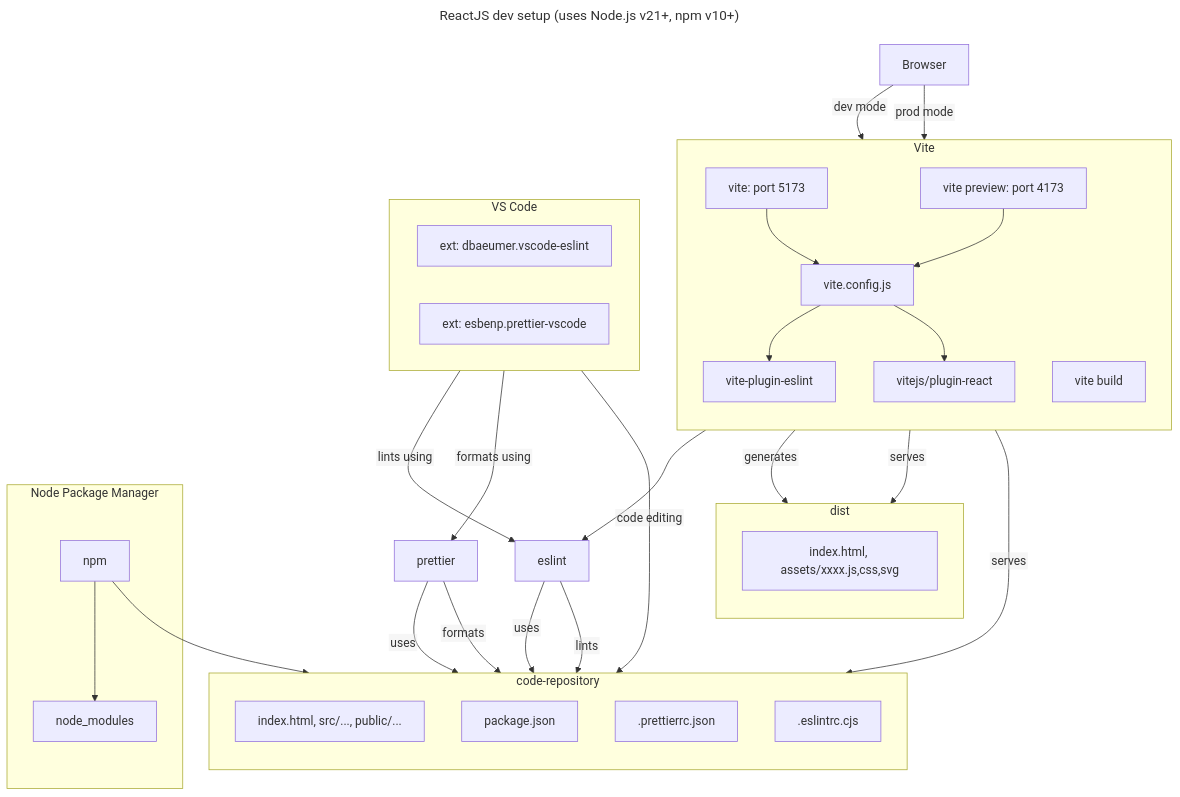
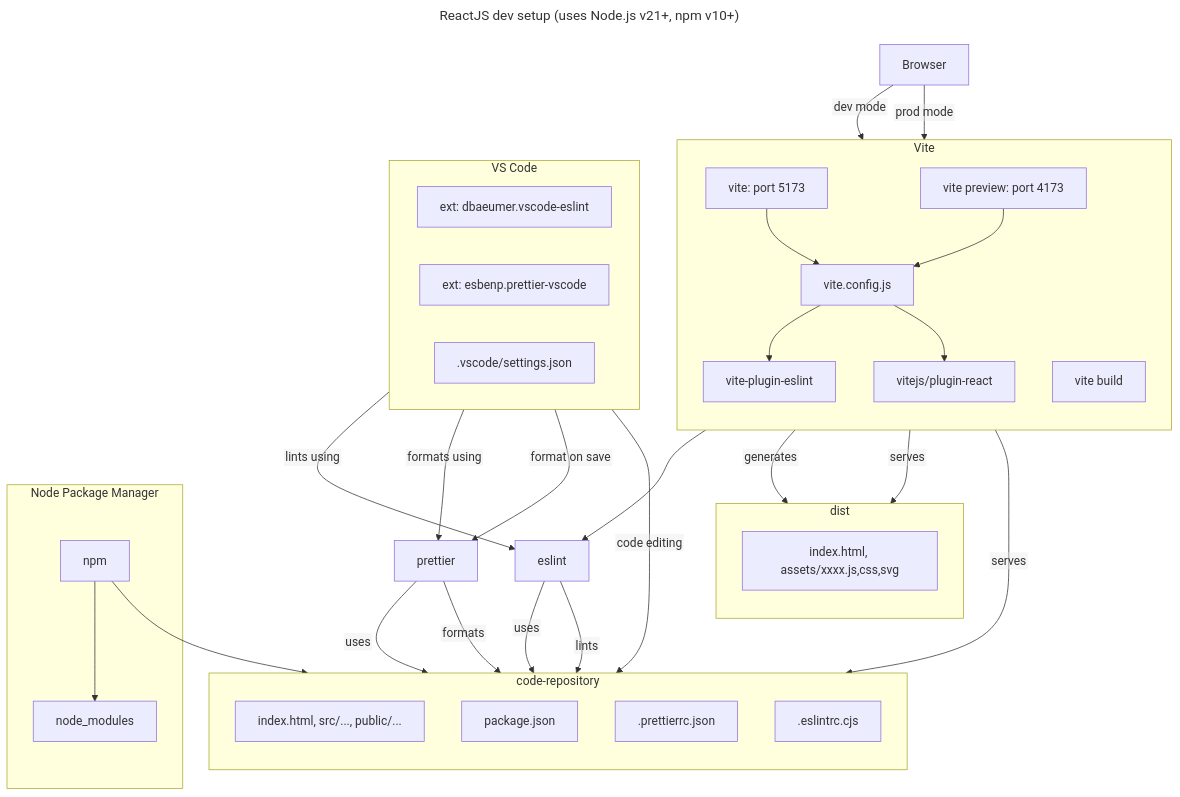
One commit to zen-code-symphony/reactconcepts changed the diagram in README.md. Above: the diagram before and after it, drawn with Mermaid. The commit also changed other lines of this file, not shown here.

Commit message:
docs: updated instructions to create basic setup and diagram.

````diff
--- a/README.md
+++ b/README.md
@@ -11,50 +15,52 @@
 ```mermaid
 ---
 title: ReactJS dev setup (uses Node.js v21+, npm v10+)
 ---
 %%{init: {"flowchart": {"htmlLabels": false}} }%%
 flowchart TB
     subgraph Vite
         direction TB
         viteserver[vite: port 5173] --> viteconfig[vite.config.js]
         vitepreview[vite preview: port 4173] --> viteconfig
         viteconfig --> viteplugineslint[vite-plugin-eslint]
         viteconfig --> vitejspluginreact[vitejs/plugin-react]
         vitebuild[vite build]
     end
     subgraph dist
         direction TB
         index.html1[index.html, assets/xxxx.js,css,svg]
     end
     subgraph code-repository
         direction TB
         index.html2[index.html, src/..., public/...]
         packagejson[package.json]
         prettierconfig[.prettierrc.json]
         eslintconfig[.eslintrc.cjs]
     end
     prettier --uses--> prettierconfig
     eslint --uses--> eslintconfig
     subgraph VSCode[VS Code]
         direction LR
         vscode-eslint[ext: dbaeumer.vscode-eslint]
         vscode-prettier[ext: esbenp.prettier-vscode]
+        vscodesettings[.vscode/settings.json]
     end
     subgraph Node Package Manager
         npm --> packagejson
         npm --> node_modules
     end
 
     viteplugineslint --> eslint
     eslint --lints--> index.html2
     prettier --formats--> index.html2
     VSCode --code editing--> code-repository
     vscode-eslint --lints using--> eslint
     vscode-prettier --formats using--> prettier
+    vscodesettings --format on save--> prettier
 
     vitebuild --generates--> dist
     vitepreview --serves--> dist
     viteserver --serves --> index.html2
     Browser --dev mode--> viteserver
     Browser --prod mode--> vitepreview
 ```
````
